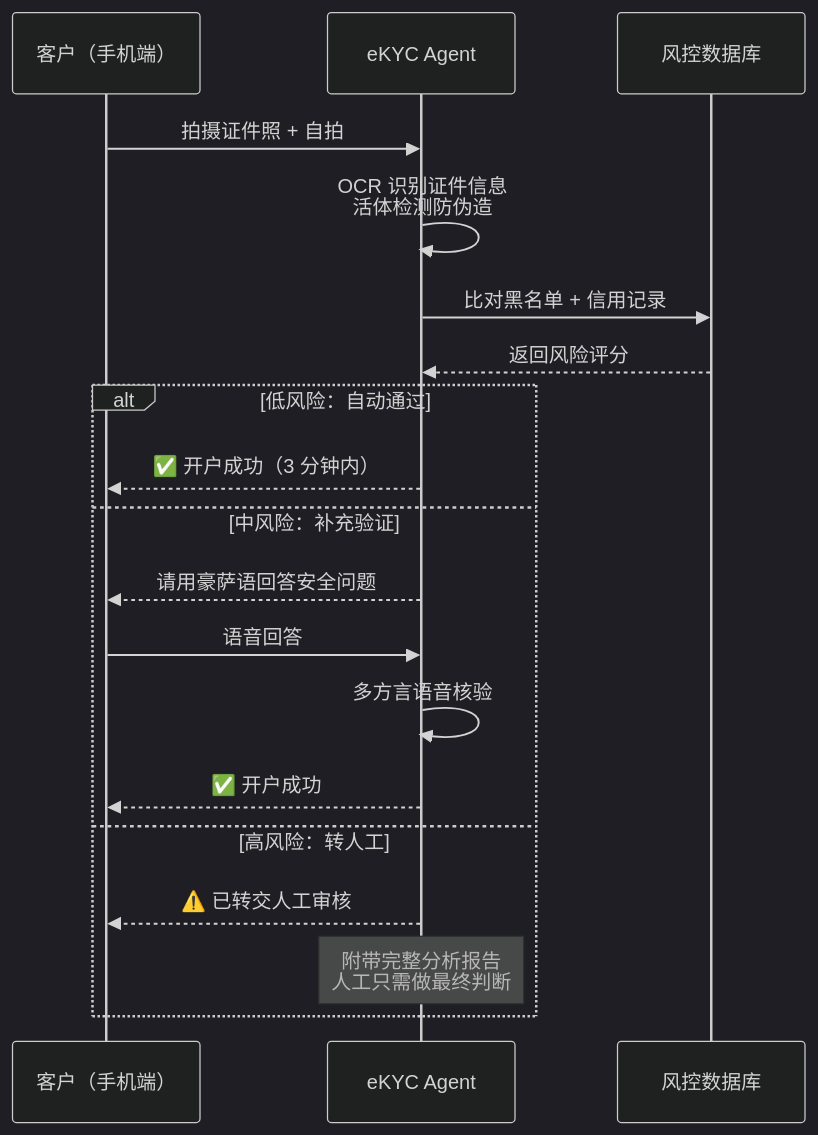
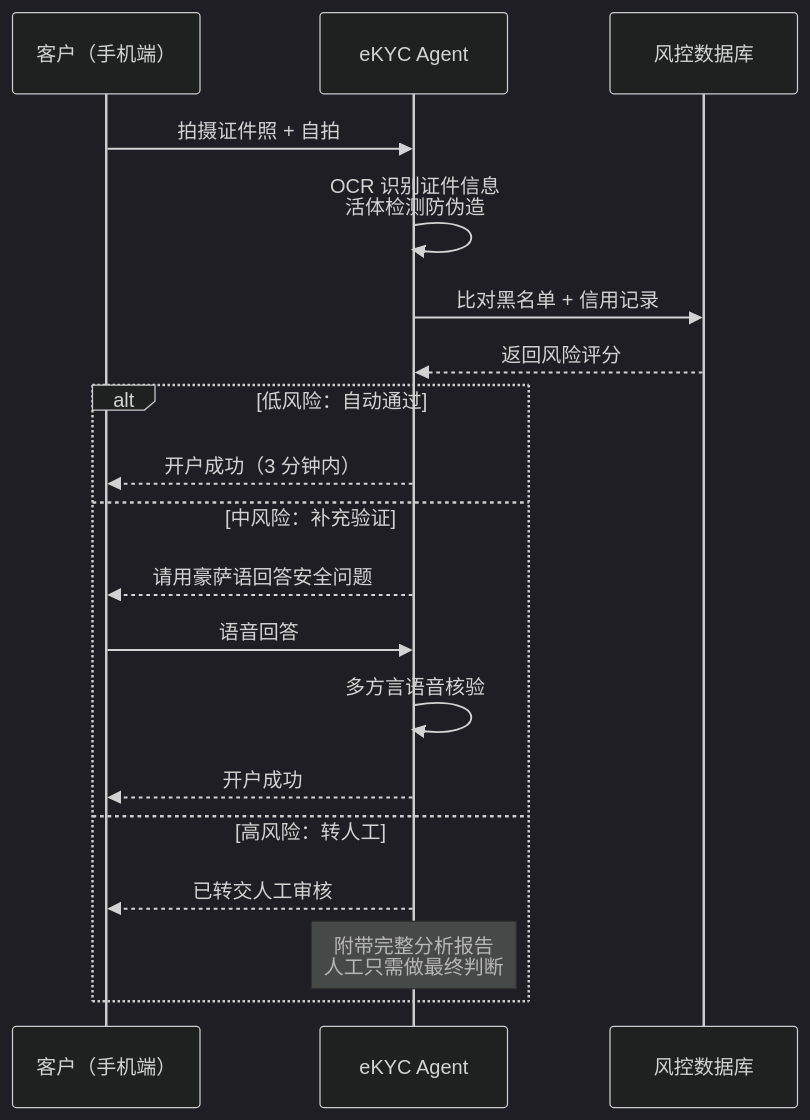
One commit to CodePothunter/lingque changed the seventh of 11 diagrams in docs/VC_TENGEN_AI.md. Above: the diagram before and after it, drawn with Mermaid (dark theme). The commit also changed other lines of this file, not shown here.

Commit message:
📝【文档】：移除所有 mermaid 图表中的 emoji 以修复 GitHub 渲染问题

````diff
--- a/docs/VC_TENGEN_AI.md
+++ b/docs/VC_TENGEN_AI.md
@@ -429,23 +429,23 @@
 ```mermaid
 sequenceDiagram
     participant C as 客户（手机端）
     participant A as eKYC Agent
     participant DB as 风控数据库
 
     C->>A: 拍摄证件照 + 自拍
     A->>A: OCR 识别证件信息<br/>活体检测防伪造
     A->>DB: 比对黑名单 + 信用记录
     DB-->>A: 返回风险评分
 
     alt 低风险：自动通过
-        A-->>C: ✅ 开户成功（3 分钟内）
+        A-->>C: 开户成功（3 分钟内）
     else 中风险：补充验证
         A-->>C: 请用豪萨语回答安全问题
         C->>A: 语音回答
         A->>A: 多方言语音核验
-        A-->>C: ✅ 开户成功
+        A-->>C: 开户成功
     else 高风险：转人工
-        A-->>C: ⚠️ 已转交人工审核
+        A-->>C: 已转交人工审核
         Note over A: 附带完整分析报告<br/>人工只需做最终判断
     end
 ```
````
